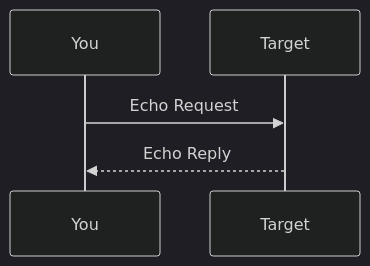
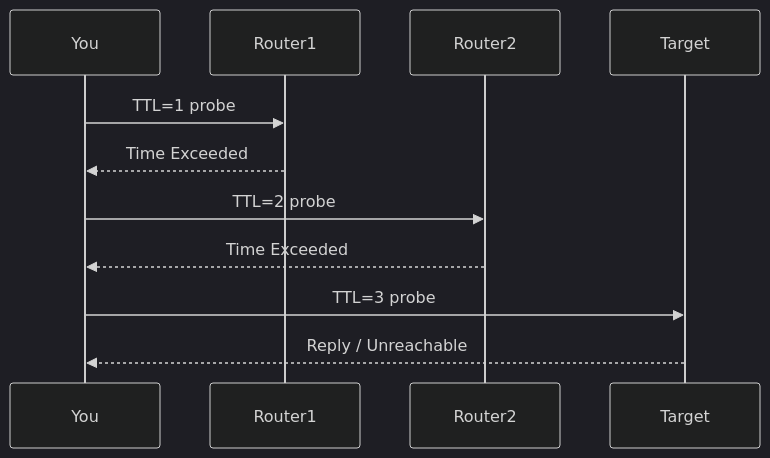
Before and after one commit to omnayak27199/pktana: the ninth of 36 diagrams in learning/11-protocols-reference.md, drawn with Mermaid (dark theme). The commit also changed other lines of this file and 14 other files, not shown here.

````diff
--- a/learning/11-protocols-reference.md
+++ b/learning/11-protocols-reference.md
@@ -130,7 +639,13 @@
 ```mermaid
 sequenceDiagram
   participant You
-  participant Target
-  You->>Target: Echo Request
-  Target-->>You: Echo Reply
+  participant R1 as Router1
+  participant R2 as Router2
+  participant T as Target
+  You->>R1: TTL=1 probe
+  R1-->>You: Time Exceeded
+  You->>R2: TTL=2 probe
+  R2-->>You: Time Exceeded
+  You->>T: TTL=3 probe
+  T-->>You: Reply / Unreachable
 ```
````
